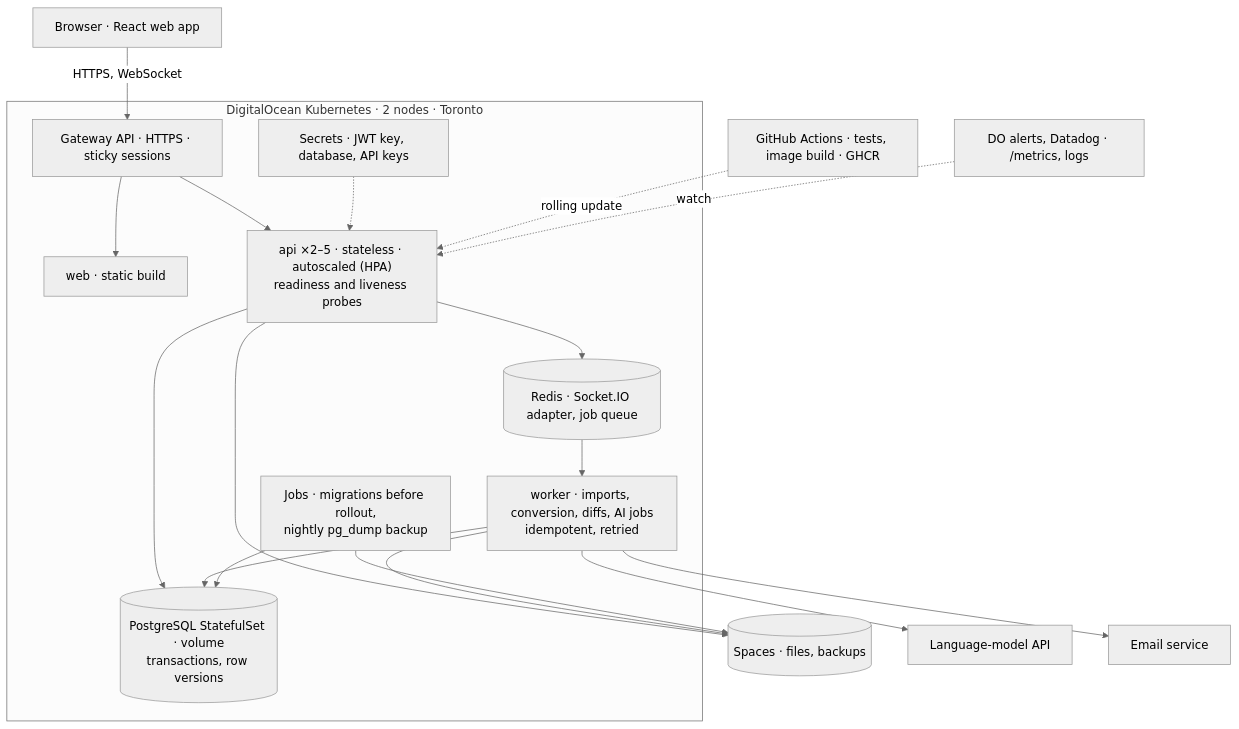
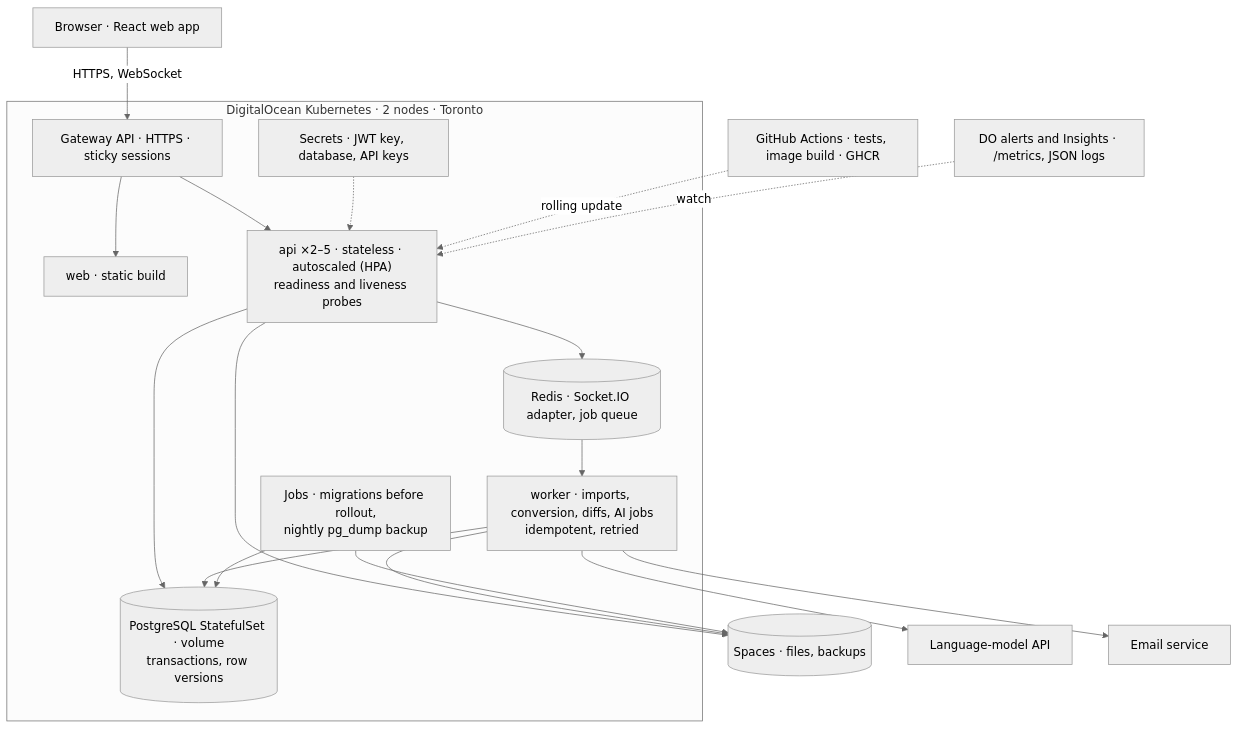
The diagram in docs/ARCHITECTURE.md (nabeegh-khan/contentcollab), drawn with Mermaid (neutral theme) before and after one commit. The commit also changed other lines of this file and 6 other files, not shown here.

````diff
--- a/docs/ARCHITECTURE.md
+++ b/docs/ARCHITECTURE.md
@@ -11,35 +11,35 @@
 ```mermaid
 flowchart TB
   U["Browser · React web app"]
   subgraph DOKS["DigitalOcean Kubernetes · 2 nodes · Toronto"]
     GW["Gateway API · HTTPS · sticky sessions"]
     W["web · static build"]
     A["api ×2–5 · stateless · autoscaled (HPA)<br/>readiness and liveness probes"]
     K["worker · imports, conversion, diffs, AI jobs<br/>idempotent, retried"]
     R[("Redis · Socket.IO adapter, job queue")]
     P[("PostgreSQL StatefulSet · volume<br/>transactions, row versions")]
     J["Jobs · migrations before rollout,<br/>nightly pg_dump backup"]
     SEC["Secrets · JWT key, database, API keys"]
   end
   S[("Spaces · files, backups")]
   LLM["Language-model API"]
   MAIL["Email service"]
   CI["GitHub Actions · tests, image build · GHCR"]
-  M["DO alerts, Datadog · /metrics, logs"]
+  M["DO alerts and Insights · /metrics, JSON logs"]
   U -- "HTTPS, WebSocket" --> GW
   GW --> W
   GW --> A
   A --> R
   R --> K
   A --> P
   K --> P
   A --> S
   K --> S
   J --> P
   J --> S
   K --> LLM
   K --> MAIL
   SEC -.-> A
   CI -. "rolling update" .-> A
   M -. watch .-> A
 ```
````
